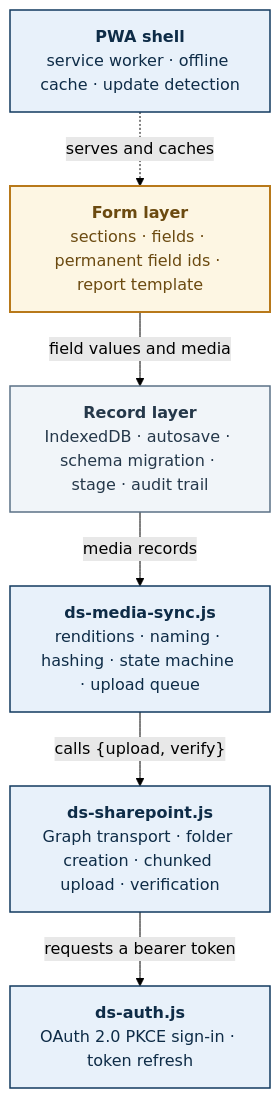
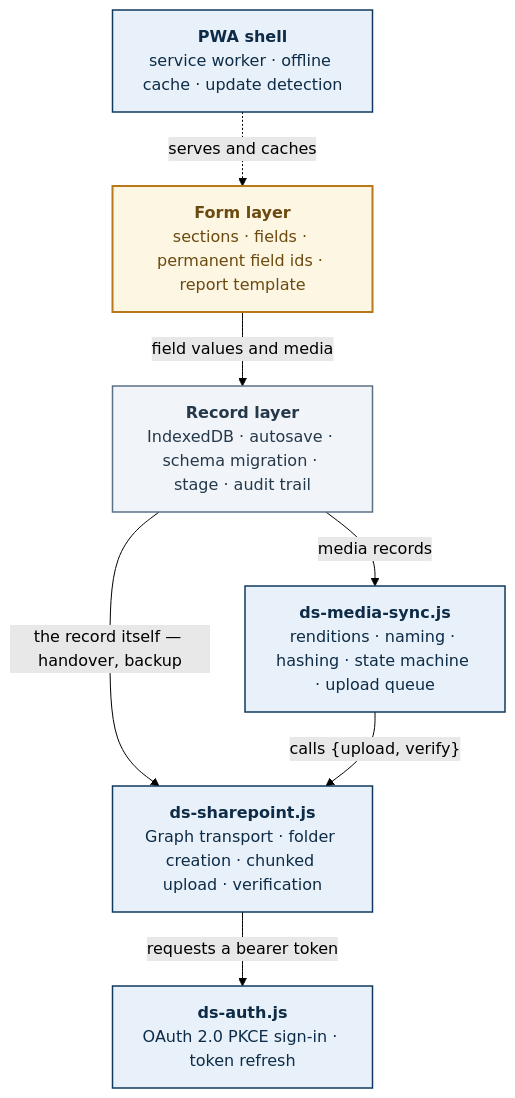
The first of 7 diagrams in docs/FIELD-APP-TEMPLATE.md (DS-JS1/dryspace-inspect), drawn with Mermaid (forest theme) before and after one commit. The commit also changed other lines of this file and 35 other files, not shown here.

````diff
--- a/docs/FIELD-APP-TEMPLATE.md
+++ b/docs/FIELD-APP-TEMPLATE.md
@@ -52,22 +57,23 @@
 ```mermaid
 flowchart TB
     F["<b>Form layer</b><br/>sections · fields · permanent field ids · report template"]
     R["<b>Record layer</b><br/>IndexedDB · autosave · schema migration · stage · audit trail"]
     M["<b>ds-media-sync.js</b><br/>renditions · naming · hashing · state machine · upload queue"]
     T["<b>ds-sharepoint.js</b><br/>Graph transport · folder creation · chunked upload · verification"]
     A["<b>ds-auth.js</b><br/>OAuth 2.0 PKCE sign-in · token refresh"]
     S["<b>PWA shell</b><br/>service worker · offline cache · update detection"]
 
     F -->|"field values and media"| R
     R -->|"media records"| M
+    R -->|"the record itself — handover, backup"| T
     M -->|"calls {upload, verify}"| T
     T -->|"requests a bearer token"| A
     S -.->|"serves and caches"| F
 
     classDef swap fill:#FDF6E3,stroke:#B8791A,stroke-width:2px,color:#6B4A10
     classDef keep fill:#E8F1FA,stroke:#123A5F,stroke-width:1.5px,color:#0E2C47
     classDef part fill:#F1F5F9,stroke:#5B7186,stroke-width:1.5px,color:#25384A
     class F swap
     class M,T,A,S keep
     class R part
 ```
````
